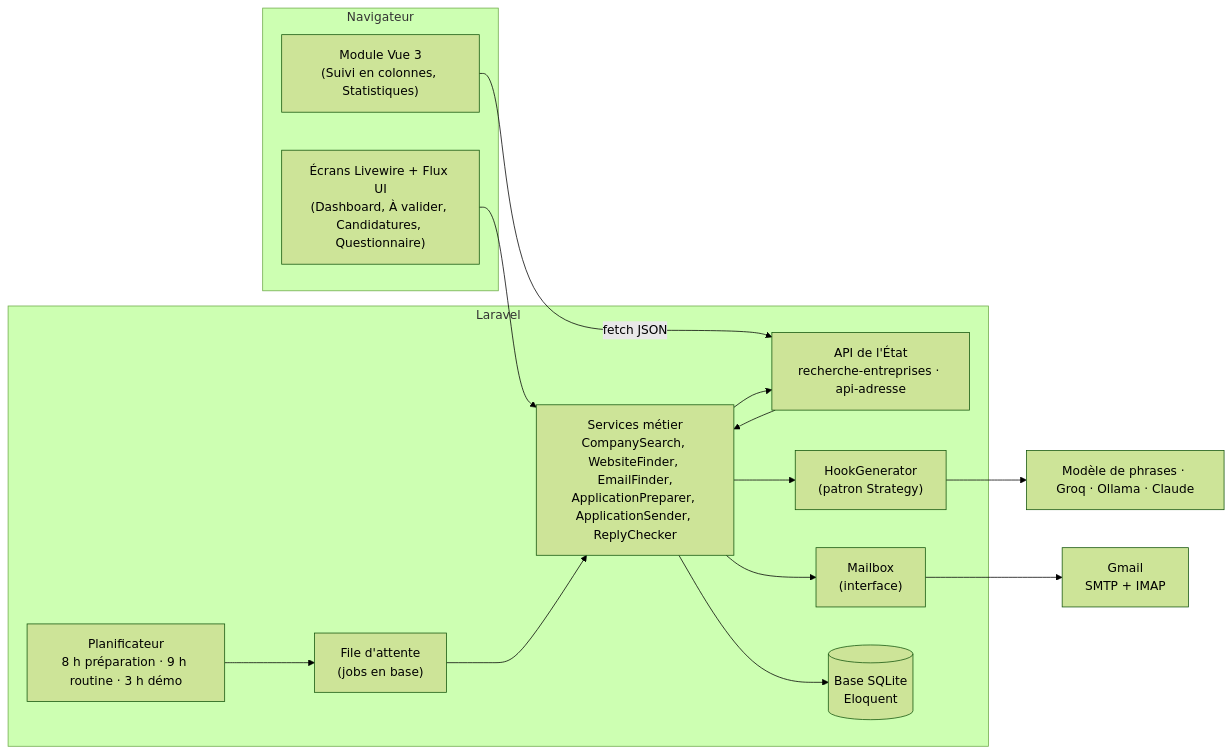
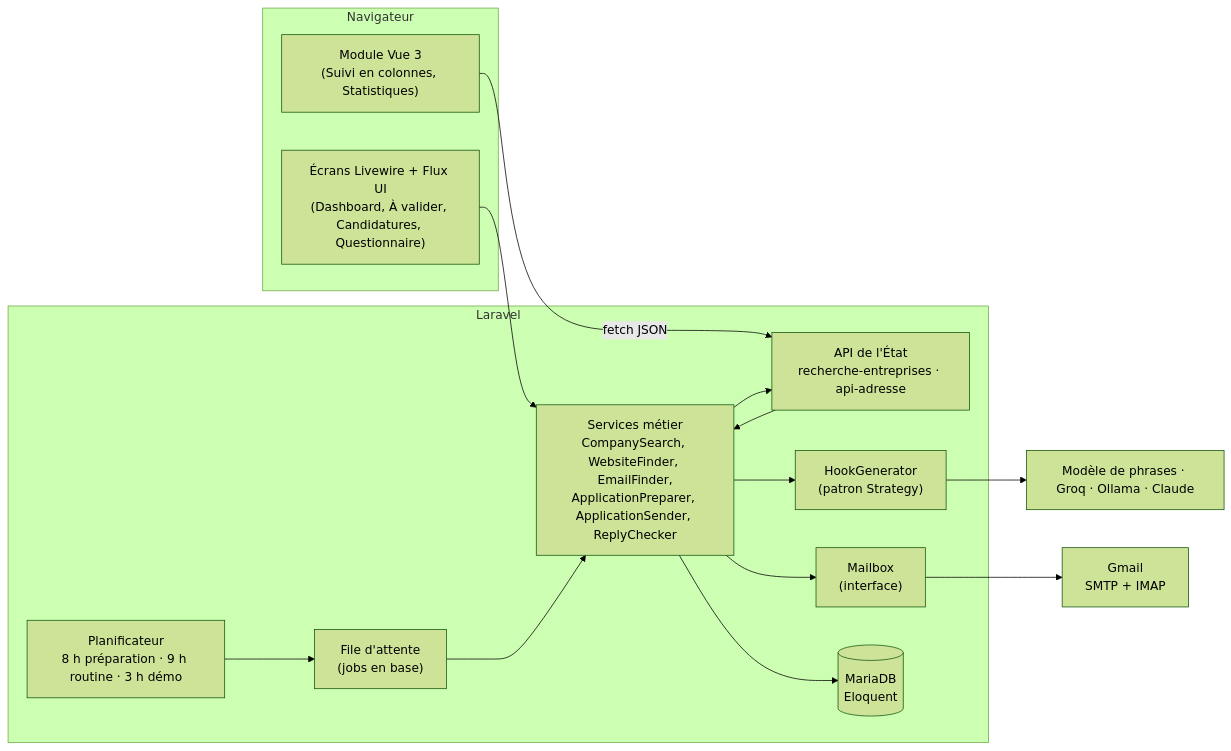
One commit to mohamed-ali-akir/stagepilot changed the first of 3 diagrams in README.md. Above: the diagram before and after it, drawn with Mermaid (forest theme). The commit also changed other lines of this file and 2 other files, not shown here.

First line of the commit message:
Production sur MariaDB 11.8 (alwaysdata) : CI alignée sur MariaDB, configuration et README à jour

````diff
--- a/README.md
+++ b/README.md
@@ -34,20 +34,20 @@
 ```mermaid
 flowchart LR
     subgraph Navigateur
         UI["Écrans Livewire + Flux UI<br/>(Dashboard, À valider, Candidatures, Questionnaire)"]
         VUE["Module Vue 3<br/>(Suivi en colonnes, Statistiques)"]
     end
     subgraph Laravel
         VUE -- "fetch JSON" --> API["API REST /api/v1<br/>Sanctum · Policy · Resources"]
         API --> S
         UI --> S["Services métier<br/>CompanySearch, WebsiteFinder, EmailFinder,<br/>ApplicationPreparer, ApplicationSender, ReplyChecker"]
         SCH["Planificateur<br/>8 h préparation · 9 h routine · 3 h démo"] --> J["File d'attente<br/>(jobs en base)"]
         J --> S
         S --> H["HookGenerator<br/>(patron Strategy)"]
         S --> M["Mailbox<br/>(interface)"]
-        S --> DB[("Base SQLite<br/>Eloquent")]
+        S --> DB[("MariaDB<br/>Eloquent")]
     end
     S --> API["API de l'État<br/>recherche-entreprises · api-adresse"]
     H --> IA["Modèle de phrases · Groq · Ollama · Claude"]
     M --> G["Gmail<br/>SMTP + IMAP"]
 ```
````
